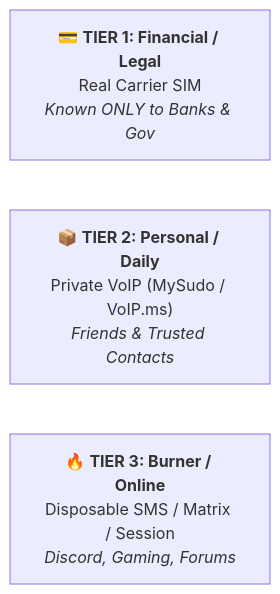
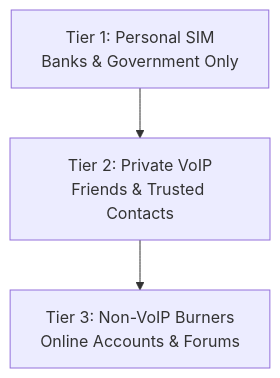
One commit to DaddyZyn/Cyber-security-notes changed the second of 2 diagrams in topics/05-phone-numbers-osint-and-larp-defense/README.md. Above: the diagram before and after it, drawn with Mermaid. The commit also changed other lines of this file and 19 other files, not shown here.

Commit message:
fix: overhaul all Mermaid diagrams with clean vertical layouts and short line-wrapping to prevent GitHub clipping

````diff
--- a/topics/05-phone-numbers-osint-and-larp-defense/README.md
+++ b/topics/05-phone-numbers-osint-and-larp-defense/README.md
@@ -81,6 +75,8 @@
 ```mermaid
-flowchart LR
-    Tier1["💳 <b>TIER 1: Financial / Legal</b><br>Real Carrier SIM<br><i>Known ONLY to Banks & Gov</i>"]
-    Tier2["📦 <b>TIER 2: Personal / Daily</b><br>Private VoIP (MySudo / VoIP.ms)<br><i>Friends & Trusted Contacts</i>"]
-    Tier3["🔥 <b>TIER 3: Burner / Online</b><br>Disposable SMS / Matrix / Session<br><i>Discord, Gaming, Forums</i>"]
+flowchart TD
+    T1["Tier 1: Personal SIM<br/>Banks & Government Only"]
+    T2["Tier 2: Private VoIP<br/>Friends & Trusted Contacts"]
+    T3["Tier 3: Non-VoIP Burners<br/>Online Accounts & Forums"]
+
+    T1 --> T2 --> T3
 ```
````
